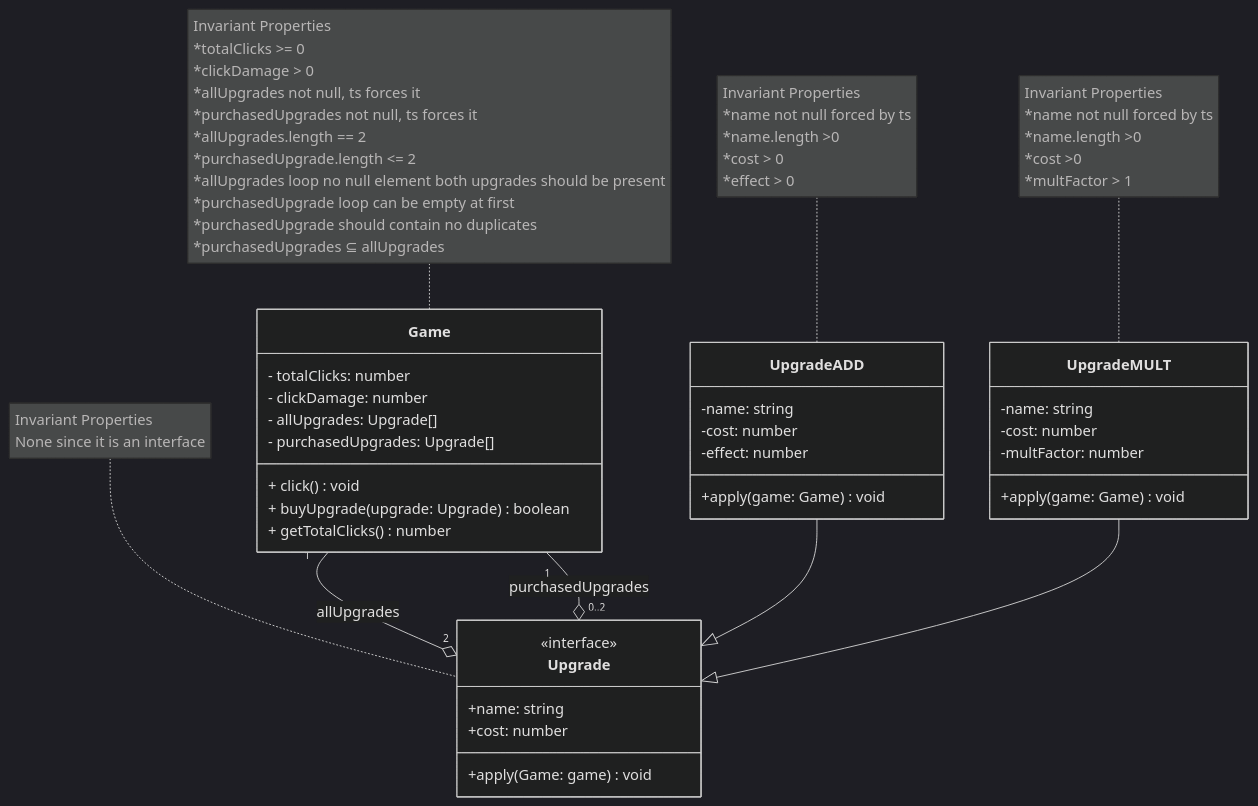
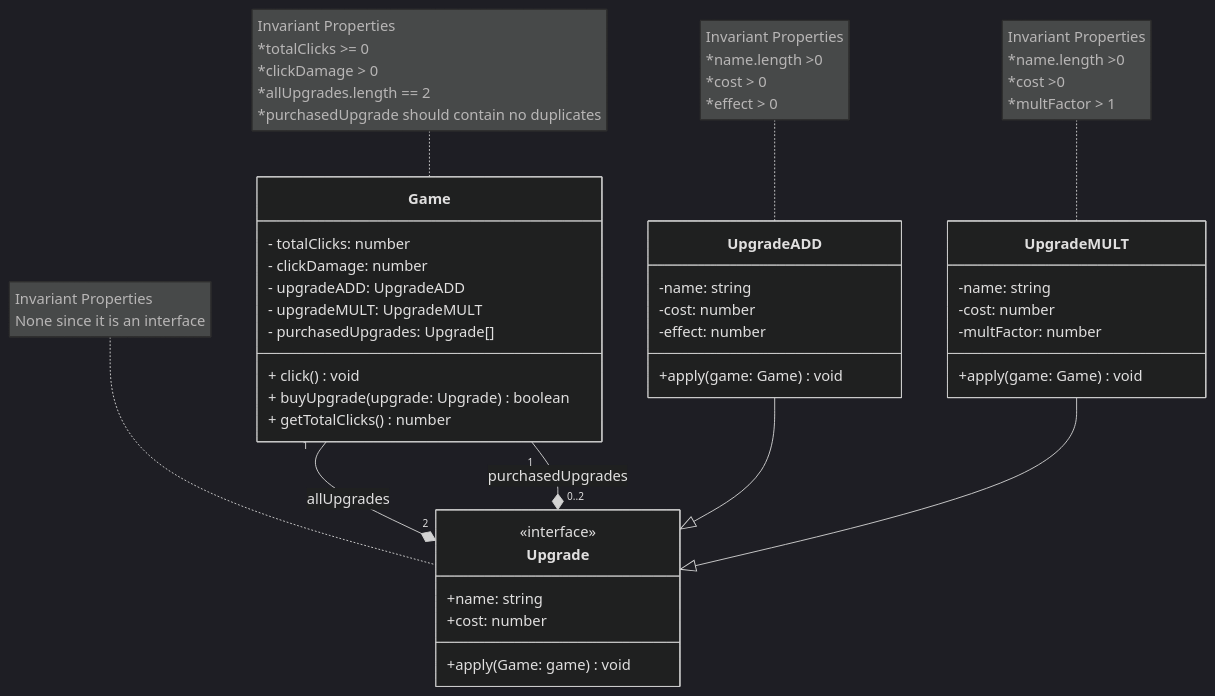
One commit to mahmudl-1/2452-Clicker changed the diagram in domain.md. Above: the diagram before and after it, drawn with Mermaid (dark theme). The commit also changed 4 other files, not shown here.

````diff
--- a/domain.md
+++ b/domain.md
@@ -9,74 +9,67 @@
 ```mermaid
 classDiagram
     class Game{
         %% Assuming getters and constructors are placed
         - totalClicks: number
         - clickDamage: number
-        - allUpgrades: Upgrade[]
+        - upgradeADD: UpgradeADD
+        - upgradeMULT: UpgradeMULT
         - purchasedUpgrades: Upgrade[]
         + click() void
         %%Implements the upgrade, increases clicks and spends clicks
         %%calls Upgrade apply
         + buyUpgrade(upgrade: Upgrade) boolean
         + getTotalClicks() number
     }
     note for Game "Invariant Properties
                     *totalClicks >= 0
                     *clickDamage > 0
-                    *allUpgrades not null, ts forces it
-                    *purchasedUpgrades not null, ts forces it
                     *allUpgrades.length == 2
-                    *purchasedUpgrade.length <= 2
-                    *allUpgrades loop no null element both upgrades should be present
-                    *purchasedUpgrade loop can be empty at first
-                    *purchasedUpgrade should contain no duplicates
-                    *purchasedUpgrades ⊆ allUpgrades"
+                    *purchasedUpgrade should contain no duplicates"
     
     class Upgrade{
        <<interface>>
        +name: string
        +cost: number
        +apply(Game: game) void
     }
     
     note for Upgrade "Invariant Properties
                       None since it is an interface"
     
     class UpgradeADD{
         -name: string
         -cost: number
         -effect: number
         +apply(game: Game) void
     }
     
     note for UpgradeADD "Invariant Properties
-                         *name not null forced by ts
                          *name.length >0
                          *cost > 0
                          *effect > 0
                         "       
     
     class UpgradeMULT{
         -name: string
         -cost: number
         -multFactor: number
         +apply(game: Game) void
     }
     
     note for UpgradeMULT "Invariant Properties
-                          *name not null forced by ts
                           *name.length >0
                           *cost >0 
                           *multFactor > 1
                           "
     
- %%Cardinality Aggregation
-    Game "1" --o "2" Upgrade: allUpgrades
-    Game "1" --o "0..2" Upgrade: purchasedUpgrades
+ %%Cardinality composition
+    Game "1" --* "2" Upgrade: allUpgrades
+    Game "1" --* "0..2" Upgrade: purchasedUpgrades
      
 %% Implements
     UpgradeADD --|> Upgrade
     UpgradeMULT --|> Upgrade
     
     
 ```
````
